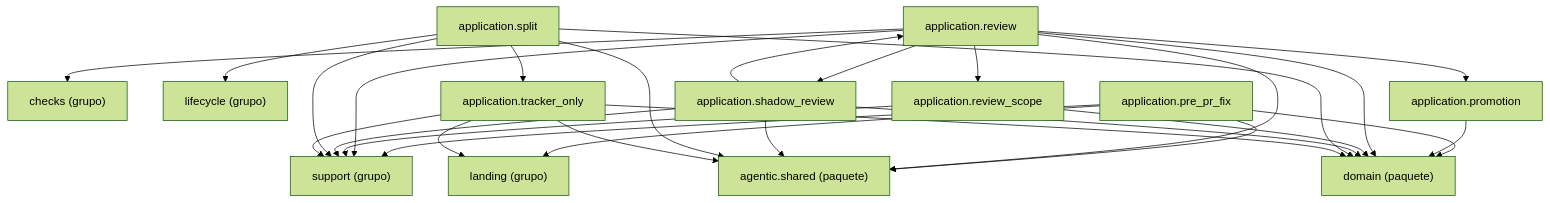
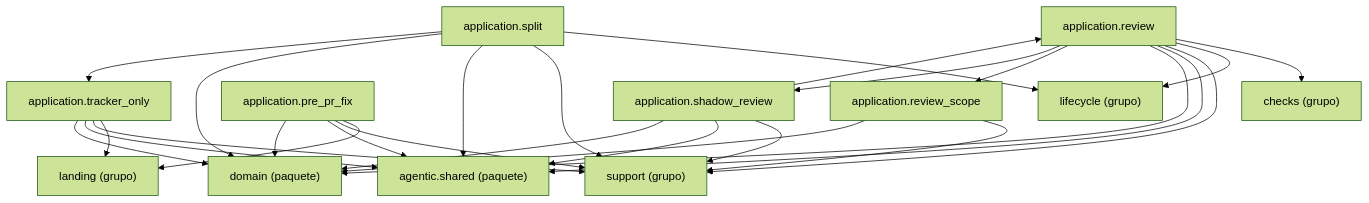
The diagram in docs/architecture/generated/packages-process-application-build-2.md (GonzaloZevallos/agentic-system), drawn with Mermaid (forest theme) before and after one commit. The commit also changed 3 other files, not shown here.

First line of the commit message:
Move promotion to the lifecycle docs cluster so the build diagrams fit the budget again

````diff
--- a/docs/architecture/generated/packages-process-application-build-2.md
+++ b/docs/architecture/generated/packages-process-application-build-2.md
@@ -16,43 +16,41 @@
 ```mermaid
 graph TD
     g_application__checks["checks (grupo)"]
     g_application__landing["landing (grupo)"]
     g_application__lifecycle["lifecycle (grupo)"]
     g_application__support["support (grupo)"]
     g_pkg__agentic__shared["agentic.shared (paquete)"]
     g_pkg__domain["domain (paquete)"]
     m_application__pre_pr_fix["application.pre_pr_fix"]
-    m_application__promotion["application.promotion"]
     m_application__review["application.review"]
     m_application__review_scope["application.review_scope"]
     m_application__shadow_review["application.shadow_review"]
     m_application__split["application.split"]
     m_application__tracker_only["application.tracker_only"]
     m_application__pre_pr_fix --> g_application__landing
     m_application__pre_pr_fix --> g_application__support
     m_application__pre_pr_fix --> g_pkg__agentic__shared
     m_application__pre_pr_fix --> g_pkg__domain
-    m_application__promotion --> g_pkg__domain
     m_application__review --> g_application__checks
+    m_application__review --> g_application__lifecycle
     m_application__review --> g_application__support
     m_application__review --> g_pkg__agentic__shared
     m_application__review --> g_pkg__domain
-    m_application__review --> m_application__promotion
     m_application__review --> m_application__review_scope
     m_application__review --> m_application__shadow_review
     m_application__review_scope --> g_application__support
     m_application__review_scope --> g_pkg__domain
     m_application__shadow_review --> g_application__support
     m_application__shadow_review --> g_pkg__agentic__shared
     m_application__shadow_review --> g_pkg__domain
     m_application__shadow_review --> m_application__review
     m_application__split --> g_application__lifecycle
     m_application__split --> g_application__support
     m_application__split --> g_pkg__agentic__shared
     m_application__split --> g_pkg__domain
     m_application__split --> m_application__tracker_only
     m_application__tracker_only --> g_application__landing
     m_application__tracker_only --> g_application__support
     m_application__tracker_only --> g_pkg__agentic__shared
     m_application__tracker_only --> g_pkg__domain
 ```
````
